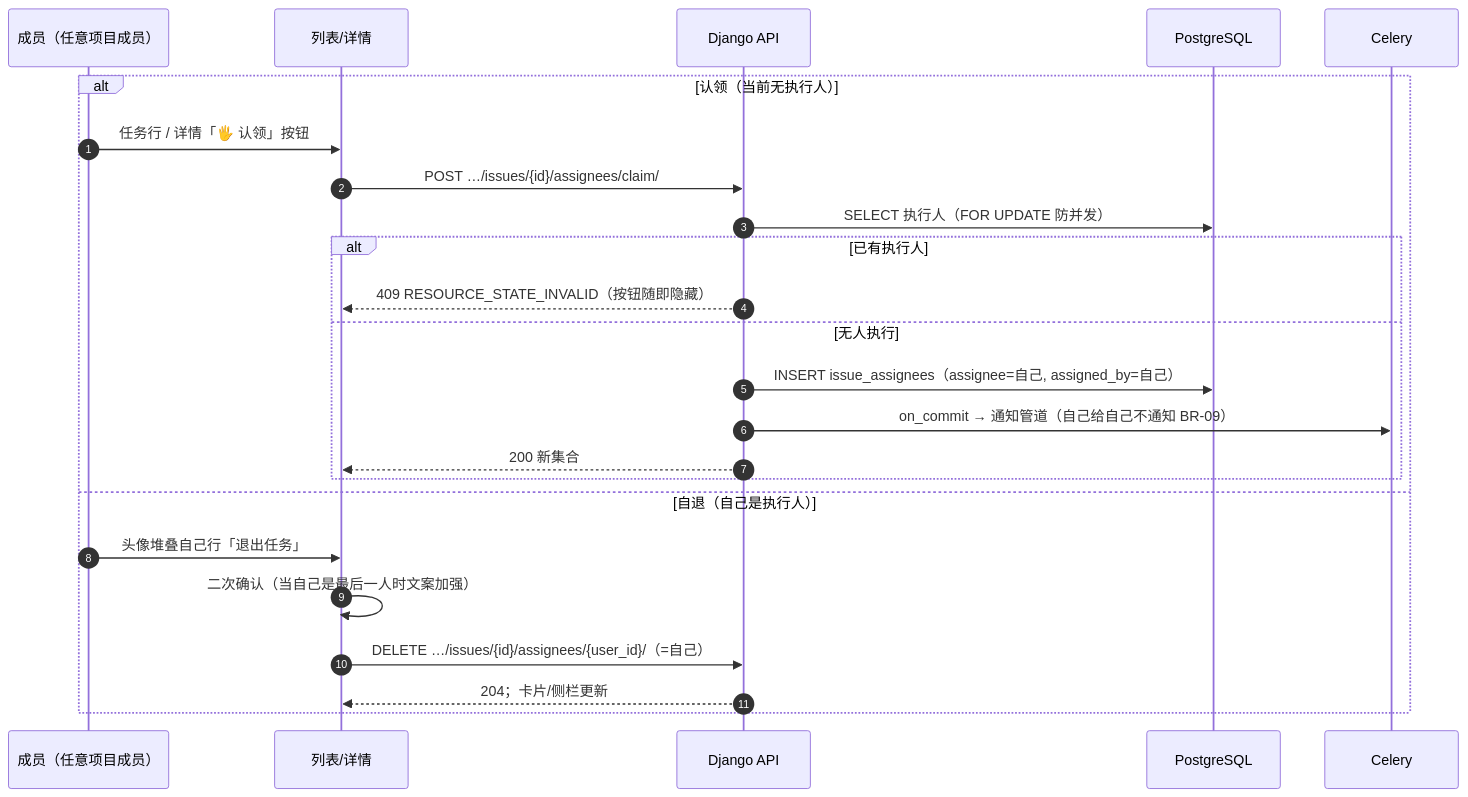
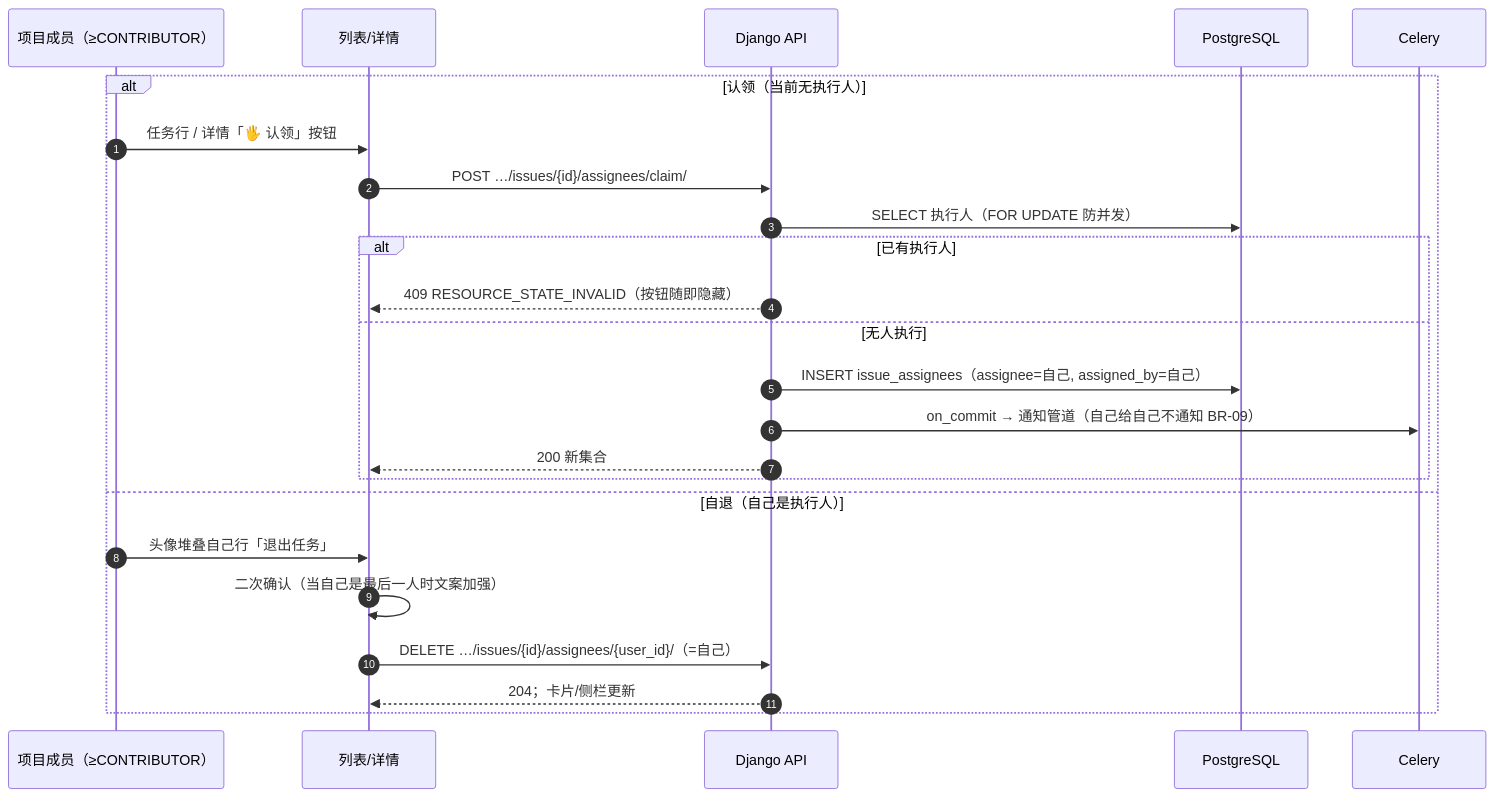
One commit to RabbitAI-Lab/RabbitProjects changed the second of 3 diagrams in docs/sprint-2-task-full/TASK-007-multi-assignee.md. Above: the diagram before and after it, drawn with Mermaid. The commit also changed other lines of this file and 6 other files, not shown here.

````diff
--- a/docs/sprint-2-task-full/TASK-007-multi-assignee.md
+++ b/docs/sprint-2-task-full/TASK-007-multi-assignee.md
@@ -111,27 +112,27 @@
 ```mermaid
 sequenceDiagram
     autonumber
-    participant U as 成员（任意项目成员）
+    participant U as 项目成员（≥CONTRIBUTOR）
     participant FE as 列表/详情
     participant API as Django API
     participant PG as PostgreSQL
     participant CW as Celery
 
     alt 认领（当前无执行人）
         U->>FE: 任务行 / 详情「🖐 认领」按钮
         FE->>API: POST …/issues/{id}/assignees/claim/
         API->>PG: SELECT 执行人（FOR UPDATE 防并发）
         alt 已有执行人
             API-->>FE: 409 RESOURCE_STATE_INVALID（按钮随即隐藏）
         else 无人执行
             API->>PG: INSERT issue_assignees（assignee=自己, assigned_by=自己）
             API->>CW: on_commit → 通知管道（自己给自己不通知 BR-09）
             API-->>FE: 200 新集合
         end
     else 自退（自己是执行人）
         U->>FE: 头像堆叠自己行「退出任务」
         FE->>FE: 二次确认（当自己是最后一人时文案加强）
         FE->>API: DELETE …/issues/{id}/assignees/{user_id}/（=自己）
         API-->>FE: 204；卡片/侧栏更新
     end
 ```
````
